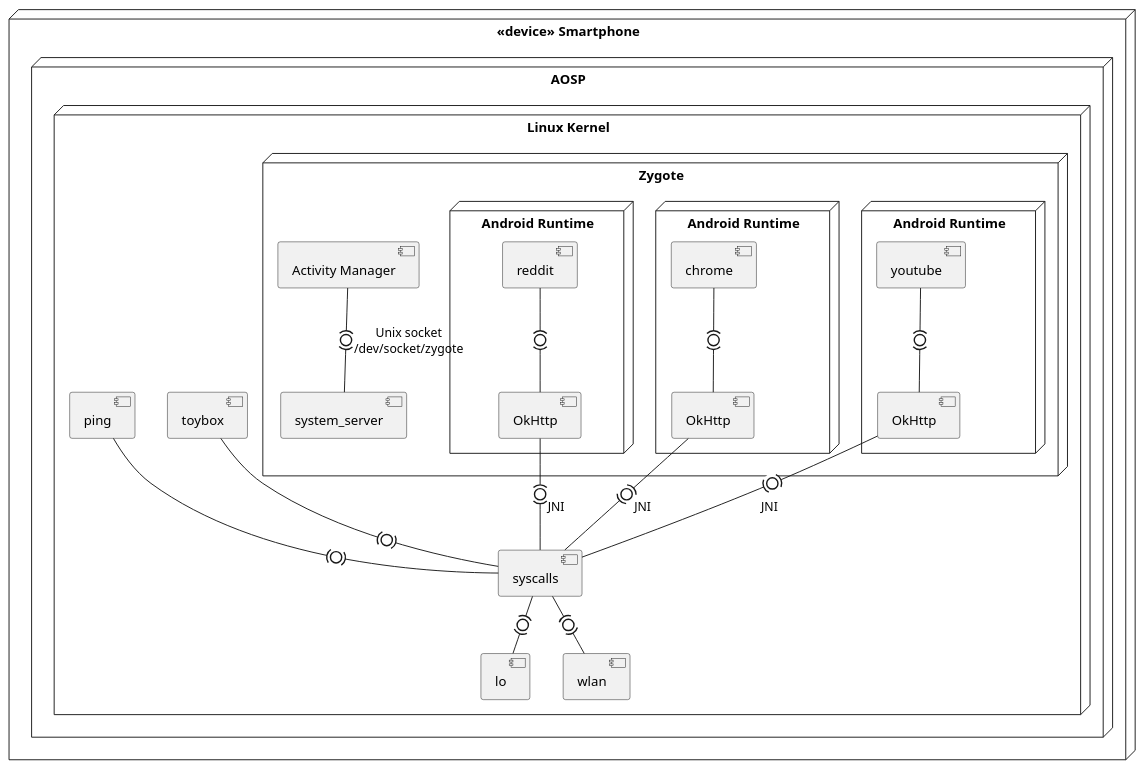
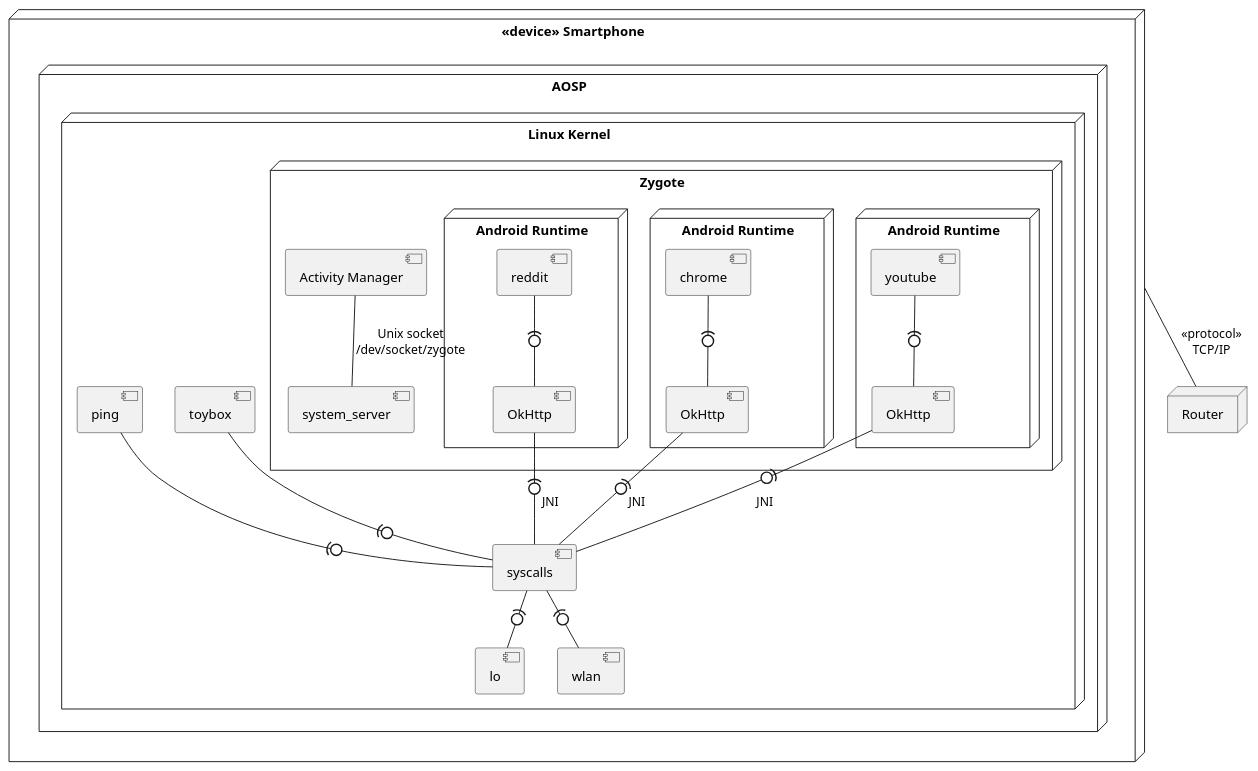
One commit to comeillfoo/telecom-netsys-design-2 changed the diagram in android-deployment.pu. Above: the diagram before and after it, drawn with PlantUML.

Commit message:
fix(android): deployment arrows

```diff
--- a/android-deployment.pu
+++ b/android-deployment.pu
@@ -1,48 +1,52 @@
 @startuml
-node "<<device>> Smartphone" {
+node "<<device>> Smartphone" as smartphone {
     node AOSP {
         node "Linux Kernel" {
             [toybox] as toybox_c
             [ping] as ping_c
             node "Zygote" as zygote_n {
                 [system_server] as system_server_c
                 [Activity Manager] as activity_manager_c
                 node "Android Runtime" as art_n1 {
                     [reddit] as reddit_c
                     [OkHttp] as http_lib1
                 }
                 node "Android Runtime" as art_n2 {
                     [chrome] as chrome_c
                     [OkHttp] as http_lib2
                 }
                 node "Android Runtime" as art_n3 {
                     [youtube] as youtube_c
                     [OkHttp] as http_lib3
                 }
 
             }
 
             [lo]
             [wlan]
 
             [syscalls]
         }
     }
 }
 
-activity_manager_c -(0)- system_server_c : "Unix socket\n/dev/socket/zygote"
+activity_manager_c -- system_server_c : "Unix socket\n/dev/socket/zygote"
 
-toybox_c -(0)- syscalls
-ping_c -(0)- syscalls
-reddit_c -(0)- http_lib1
-chrome_c -(0)- http_lib2
-youtube_c -(0)- http_lib3
+toybox_c -(0- syscalls
+ping_c -(0- syscalls
+reddit_c -(0- http_lib1
+chrome_c -(0- http_lib2
+youtube_c -(0- http_lib3
 
-http_lib1 -(0)- syscalls : JNI
-http_lib2 -(0)- syscalls : JNI
-http_lib3 -(0)- syscalls : JNI
+http_lib1 -(0- syscalls : JNI
+http_lib2 -(0- syscalls : JNI
+http_lib3 -(0- syscalls : JNI
 
-syscalls -(0)- lo
-syscalls -(0)- wlan
+syscalls -(0- lo
+syscalls -(0- wlan
 
+node Router as router {
+}
+
+smartphone -- router : "<<protocol>>\nTCP/IP"
 @enduml
```
